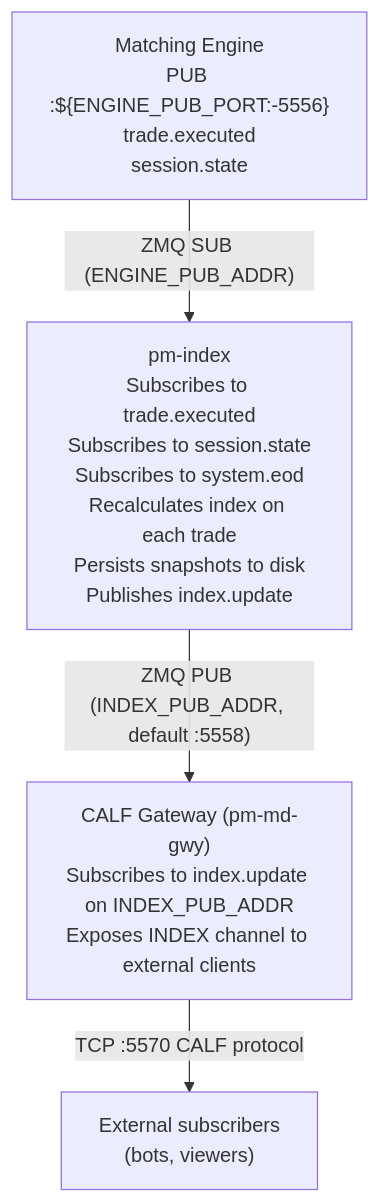
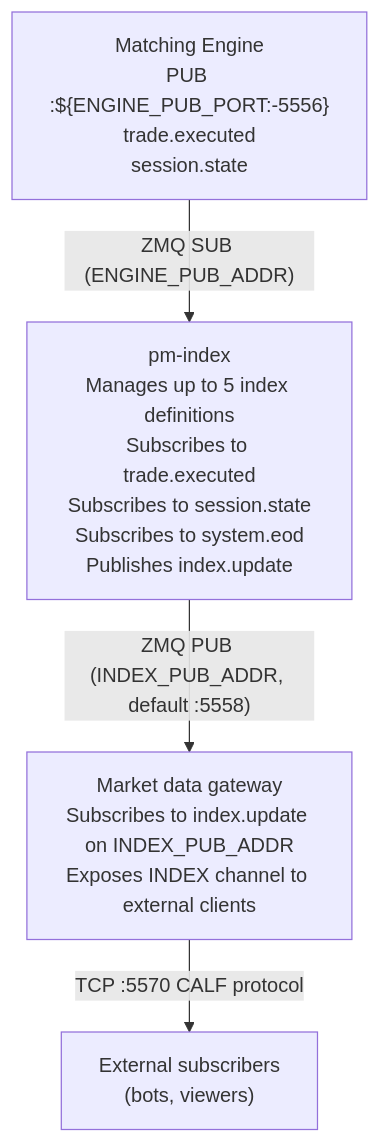
Before and after one commit to johan162/EduMatcher: the first of 5 diagrams in docs-design/EduMatcher-Index.md, drawn with Mermaid. The commit also changed other lines of this file, not shown here.

Commit message:
Update Index design to support multiple indexes

````diff
--- a/docs-design/EduMatcher-Index.md
+++ b/docs-design/EduMatcher-Index.md
@@ -127,11 +136,11 @@
 ```mermaid
 flowchart TD
     engine["Matching Engine<br/>PUB :${ENGINE_PUB_PORT:-5556}<br/>trade.executed<br/>session.state"]
-    index["pm-index<br/>Subscribes to trade.executed<br/>Subscribes to session.state<br/>Subscribes to system.eod<br/>Recalculates index on each trade<br/>Persists snapshots to disk<br/>Publishes index.update"]
-    gwy["CALF Gateway (pm-md-gwy)<br/>Subscribes to index.update on INDEX_PUB_ADDR<br/>Exposes INDEX channel to external clients"]
+    index["pm-index<br/>Manages up to 5 index definitions<br/>Subscribes to trade.executed<br/>Subscribes to session.state<br/>Subscribes to system.eod<br/>Publishes index.update"]
+    gwy["Market data gateway<br/>Subscribes to index.update on INDEX_PUB_ADDR<br/>Exposes INDEX channel to external clients"]
     ext["External subscribers<br/>(bots, viewers)"]
 
     engine -->|"ZMQ SUB (ENGINE_PUB_ADDR)"| index
     index -->|"ZMQ PUB (INDEX_PUB_ADDR, default :5558)"| gwy
     gwy -->|"TCP :5570 CALF protocol"| ext
 ```
````
